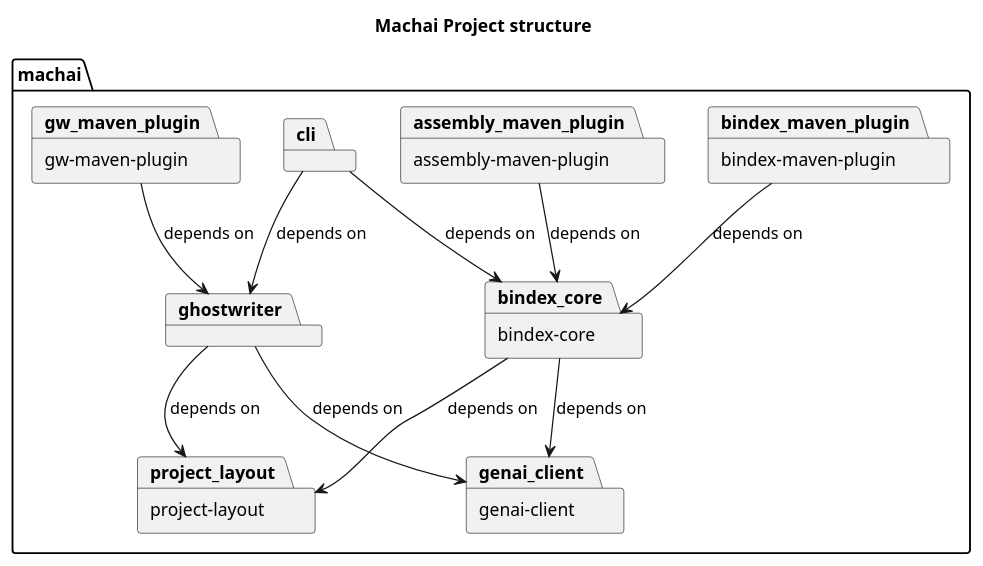
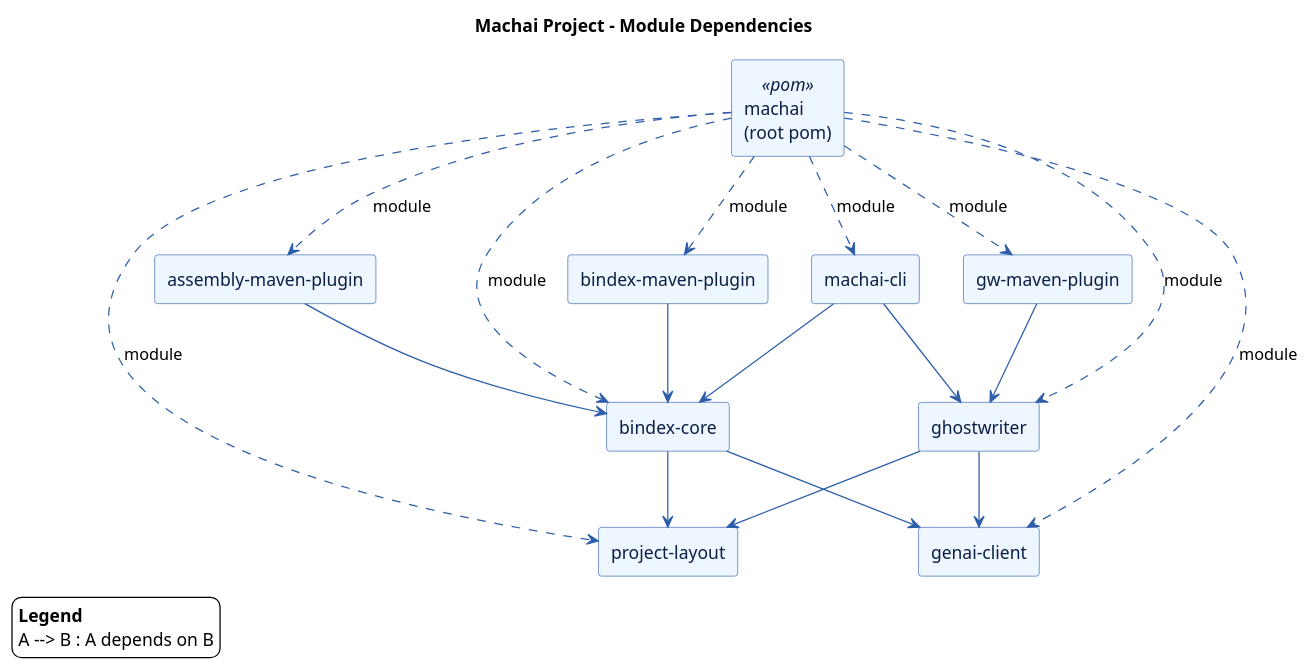
Before and after one commit to machanism-org/machai: the diagram in src/site/puml/project-structure.puml, drawn with PlantUML. The commit also changed other lines of this file and 7 other files, not shown here.

```diff
--- a/src/site/puml/project-structure.puml
+++ b/src/site/puml/project-structure.puml
@@ -1,30 +2,61 @@
 @startuml
 
-title Machai Project structure
+title Machai Project - Module Dependencies
 
-package "machai" {
-  package "project-layout" as project_layout
-  package "genai-client" as genai_client
-  package "bindex-core" as bindex_core
-  package "cli" as cli
-  package "bindex-maven-plugin" as bindex_maven_plugin
-  package "assembly-maven-plugin" as assembly_maven_plugin
-  package "ghostwriter" as ghostwriter
-  package "gw-maven-plugin" as gw_maven_plugin
+skinparam backgroundColor transparent
+skinparam shadowing false
+skinparam componentStyle rectangle
+skinparam packageStyle rectangle
+skinparam defaultTextAlignment left
 
-  bindex_core --> project_layout : depends on
-  bindex_core --> genai_client : depends on
-
-  cli --> bindex_core : depends on
-  cli --> ghostwriter : depends on
-
-  bindex_maven_plugin --> bindex_core : depends on
-  assembly_maven_plugin --> bindex_core : depends on
-
-  ghostwriter --> project_layout : depends on
-  ghostwriter --> genai_client : depends on
-
-  gw_maven_plugin --> ghostwriter : depends on
+skinparam component {
+  BackgroundColor #EEF6FF
+  BorderColor #2E5EAA
+  FontColor #0B1F44
 }
 
+skinparam arrow {
+  Color #2E5EAA
+  Thickness 1
+}
+
+legend left
+  <b>Legend</b>
+  A --> B : A depends on B
+endlegend
+
+component "machai\n(root pom)" as machai_root <<pom>>
+component "project-layout" as project_layout
+component "genai-client" as genai_client
+component "bindex-core" as bindex_core
+component "machai-cli" as machai_cli
+component "bindex-maven-plugin" as bindex_maven_plugin
+component "assembly-maven-plugin" as assembly_maven_plugin
+component "ghostwriter" as ghostwriter
+component "gw-maven-plugin" as gw_maven_plugin
+
+machai_root ..> project_layout : module
+machai_root ..> genai_client : module
+machai_root ..> bindex_core : module
+machai_root ..> machai_cli : module
+machai_root ..> bindex_maven_plugin : module
+machai_root ..> assembly_maven_plugin : module
+machai_root ..> ghostwriter : module
+machai_root ..> gw_maven_plugin : module
+
+' Dependencies from module pom.xml files
+bindex_core --> project_layout
+bindex_core --> genai_client
+
+ghostwriter --> project_layout
+ghostwriter --> genai_client
+
+machai_cli --> bindex_core
+machai_cli --> ghostwriter
+
+bindex_maven_plugin --> bindex_core
+assembly_maven_plugin --> bindex_core
+
+ gw_maven_plugin --> ghostwriter
+
 @enduml
```
